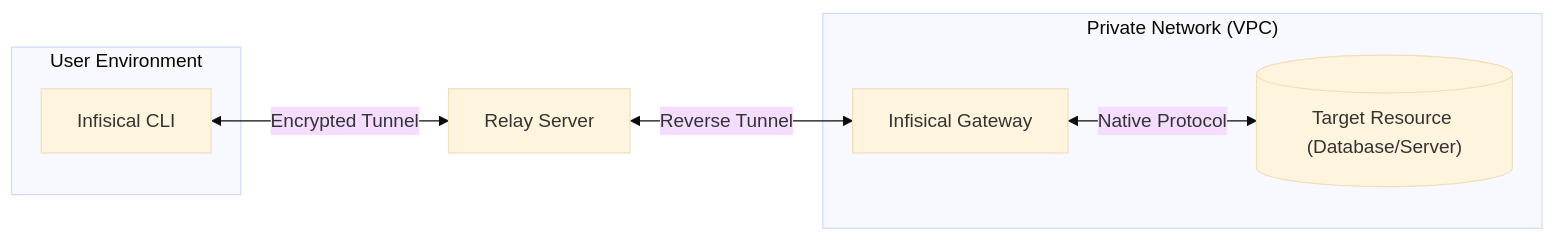
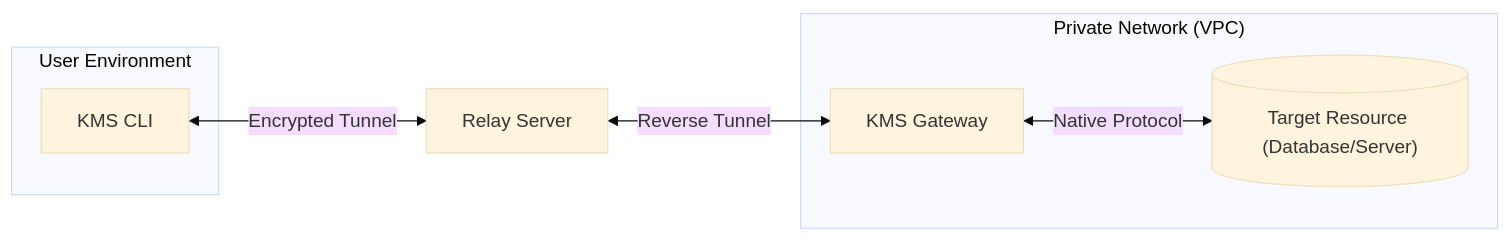
One commit to hanzoai/kms changed the diagram in docs/documentation/platform/pam/architecture.mdx. Above: the diagram before and after it, drawn with Mermaid (base theme). The commit also changed other lines of this file and 927 other files, not shown here.

````diff
--- a/docs/documentation/platform/pam/architecture.mdx
+++ b/docs/documentation/platform/pam/architecture.mdx
@@ -27,17 +27,17 @@
 ```mermaid
 graph LR
     subgraph Client ["User Environment"]
-        CLI["Infisical CLI"]
+        CLI["KMS CLI"]
     end
 
     Relay["Relay Server"]
 
     subgraph Network ["Private Network (VPC)"]
-        Gateway["Infisical Gateway"]
+        Gateway["KMS Gateway"]
         DB[("Target Resource (Database/Server)")]
     end
 
     CLI <-->|Encrypted Tunnel| Relay
     Relay <-->|Reverse Tunnel| Gateway
     Gateway <-->|Native Protocol| DB
 ```
````
